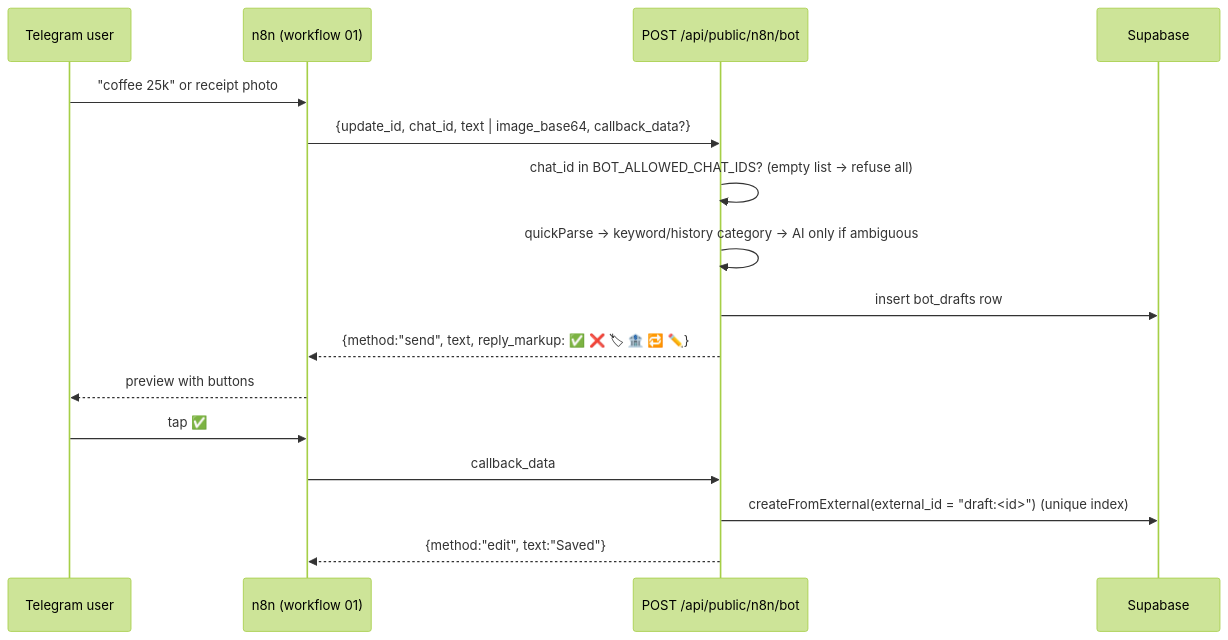
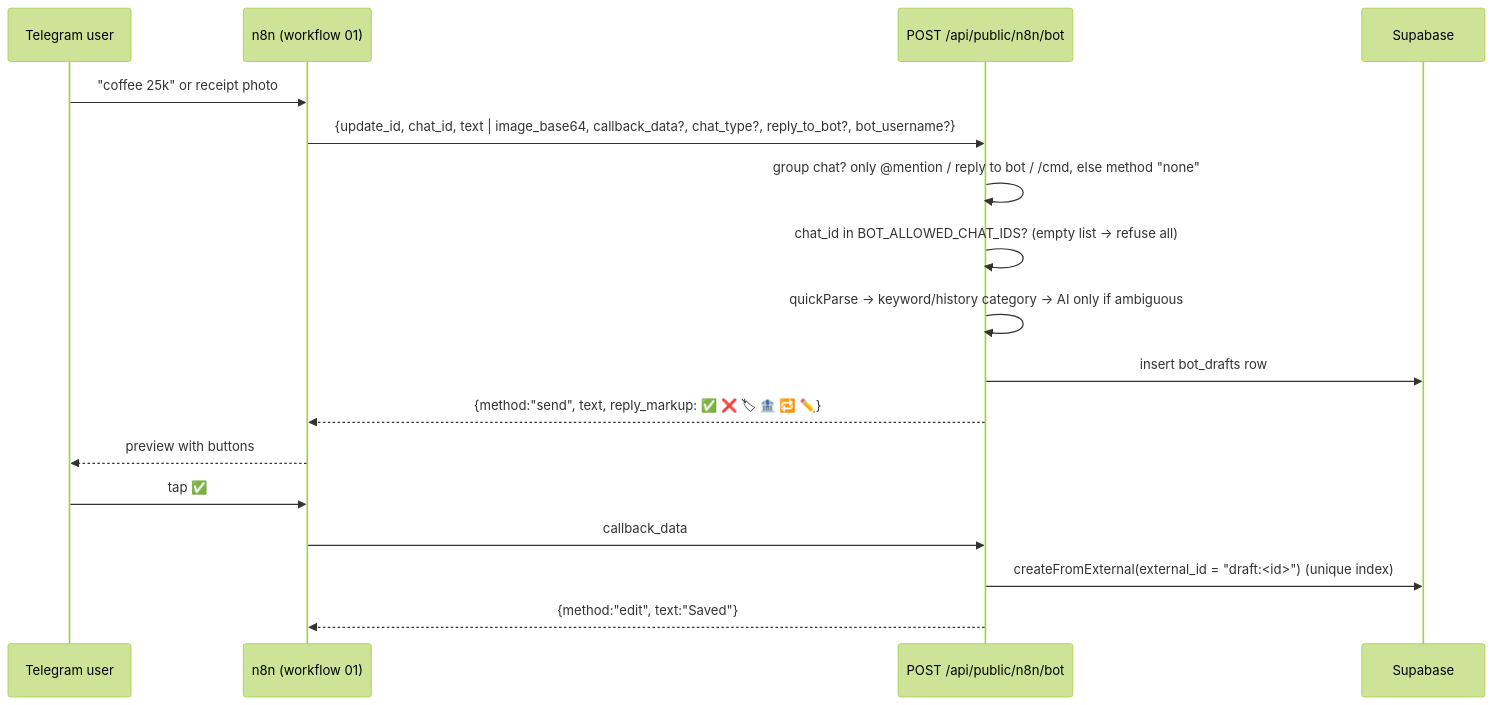
Before and after one commit to ilramdhan/dompetku: the third of 3 diagrams in docs/ARCHITECTURE.md, drawn with Mermaid (forest theme). The commit also changed 4 other files, not shown here.

First line of the commit message:
docs(bot): explain how to use the bot in a Telegram group

````diff
--- a/docs/ARCHITECTURE.md
+++ b/docs/ARCHITECTURE.md
@@ -355,18 +355,19 @@
 ```mermaid
 sequenceDiagram
   participant U as Telegram user
   participant N as n8n (workflow 01)
   participant A as POST /api/public/n8n/bot
   participant DB as Supabase
   U->>N: "coffee 25k" or receipt photo
-  N->>A: {update_id, chat_id, text | image_base64, callback_data?}
+  N->>A: {update_id, chat_id, text | image_base64, callback_data?, chat_type?, reply_to_bot?, bot_username?}
+  A->>A: group chat? only @mention / reply to bot / /cmd, else method "none"
   A->>A: chat_id in BOT_ALLOWED_CHAT_IDS? (empty list → refuse all)
   A->>A: quickParse → keyword/history category → AI only if ambiguous
   A->>DB: insert bot_drafts row
   A-->>N: {method:"send", text, reply_markup: ✅ ❌ 🏷 🏦 🔁 ✏️}
   N-->>U: preview with buttons
   U->>N: tap ✅
   N->>A: callback_data
   A->>DB: createFromExternal(external_id = "draft:<id>") (unique index)
   A-->>N: {method:"edit", text:"Saved"}
 ```
````
